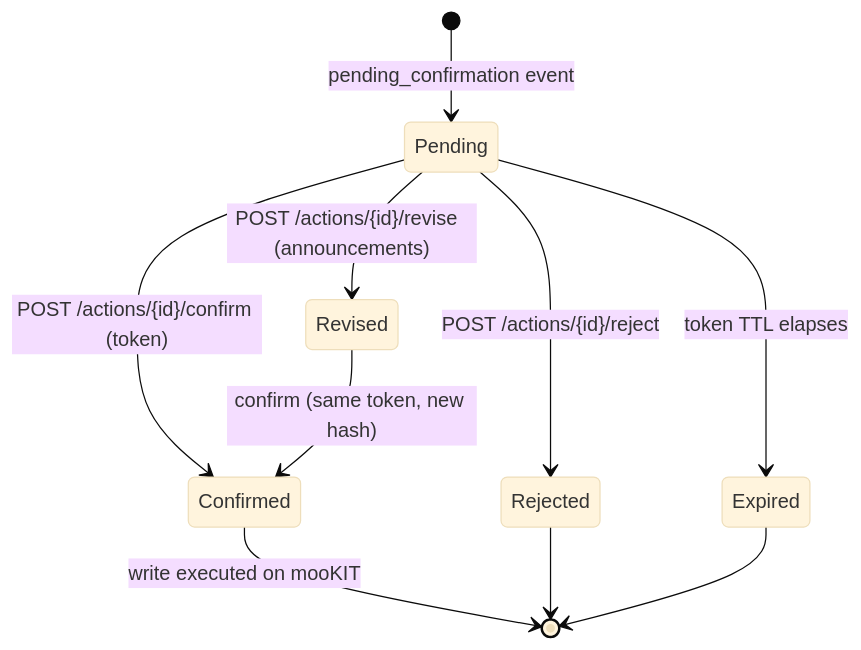
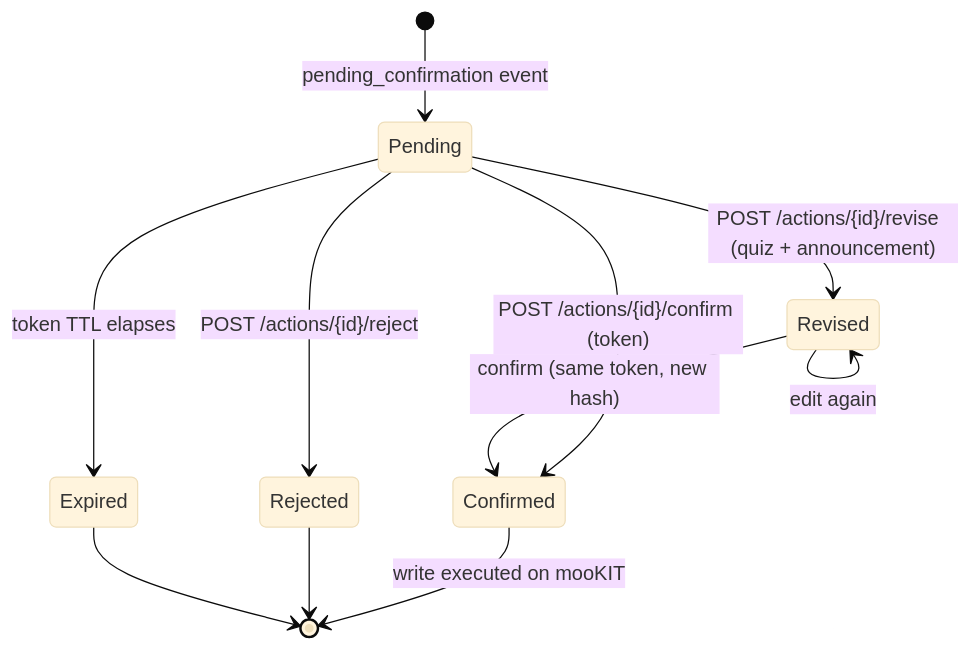
One commit to udbhav-44/Mookit-LMS changed the third of 4 diagrams in docs/UI_INTEGRATION.md. Above: the diagram before and after it, drawn with Mermaid (base theme). The commit also changed other lines of this file, not shown here.

````diff
--- a/docs/UI_INTEGRATION.md
+++ b/docs/UI_INTEGRATION.md
@@ -190,12 +182,13 @@
 ```mermaid
 stateDiagram-v2
     [*] --> Pending: pending_confirmation event
     Pending --> Confirmed: POST /actions/{id}/confirm (token)
     Pending --> Rejected: POST /actions/{id}/reject
-    Pending --> Revised: POST /actions/{id}/revise  (announcements)
+    Pending --> Revised: POST /actions/{id}/revise  (quiz + announcement)
+    Revised --> Revised: edit again
     Revised --> Confirmed: confirm (same token, new hash)
     Pending --> Expired: token TTL elapses
     Confirmed --> [*]: write executed on mooKIT
     Rejected --> [*]
     Expired --> [*]
 ```
````
